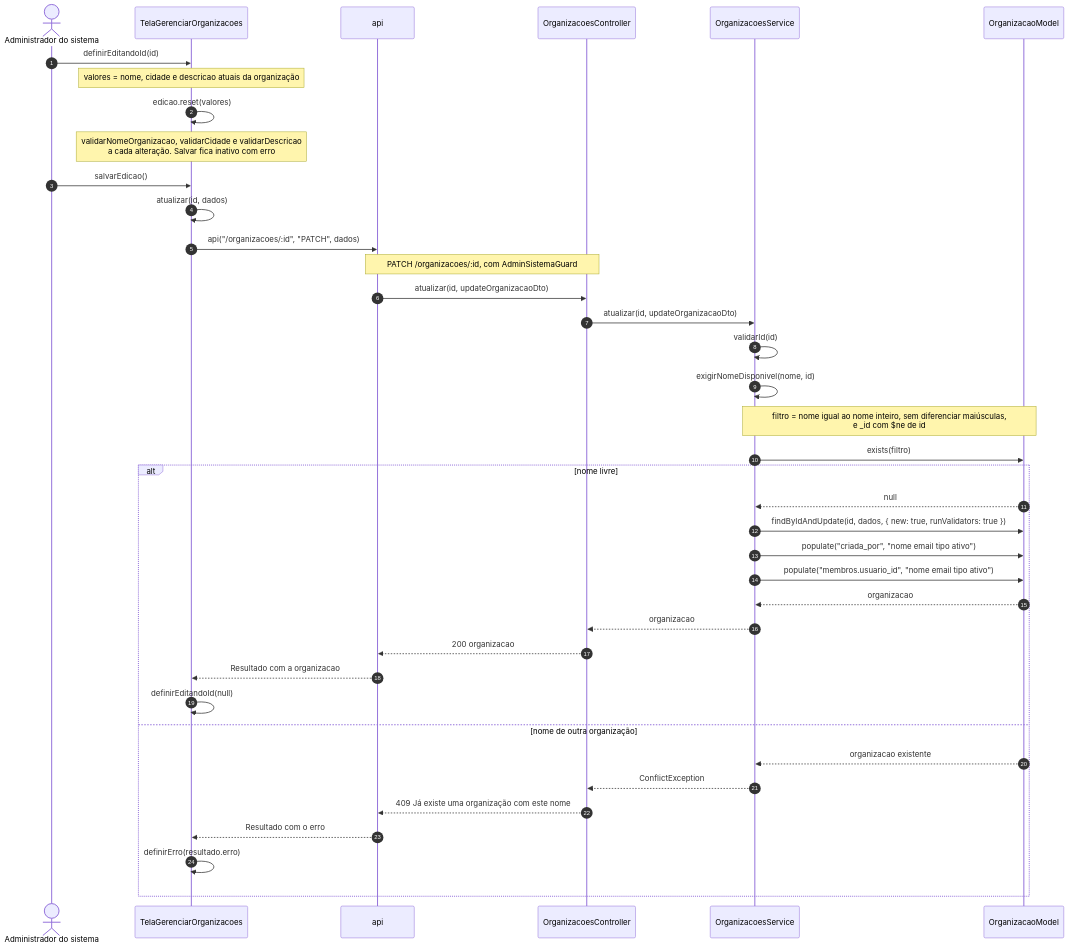
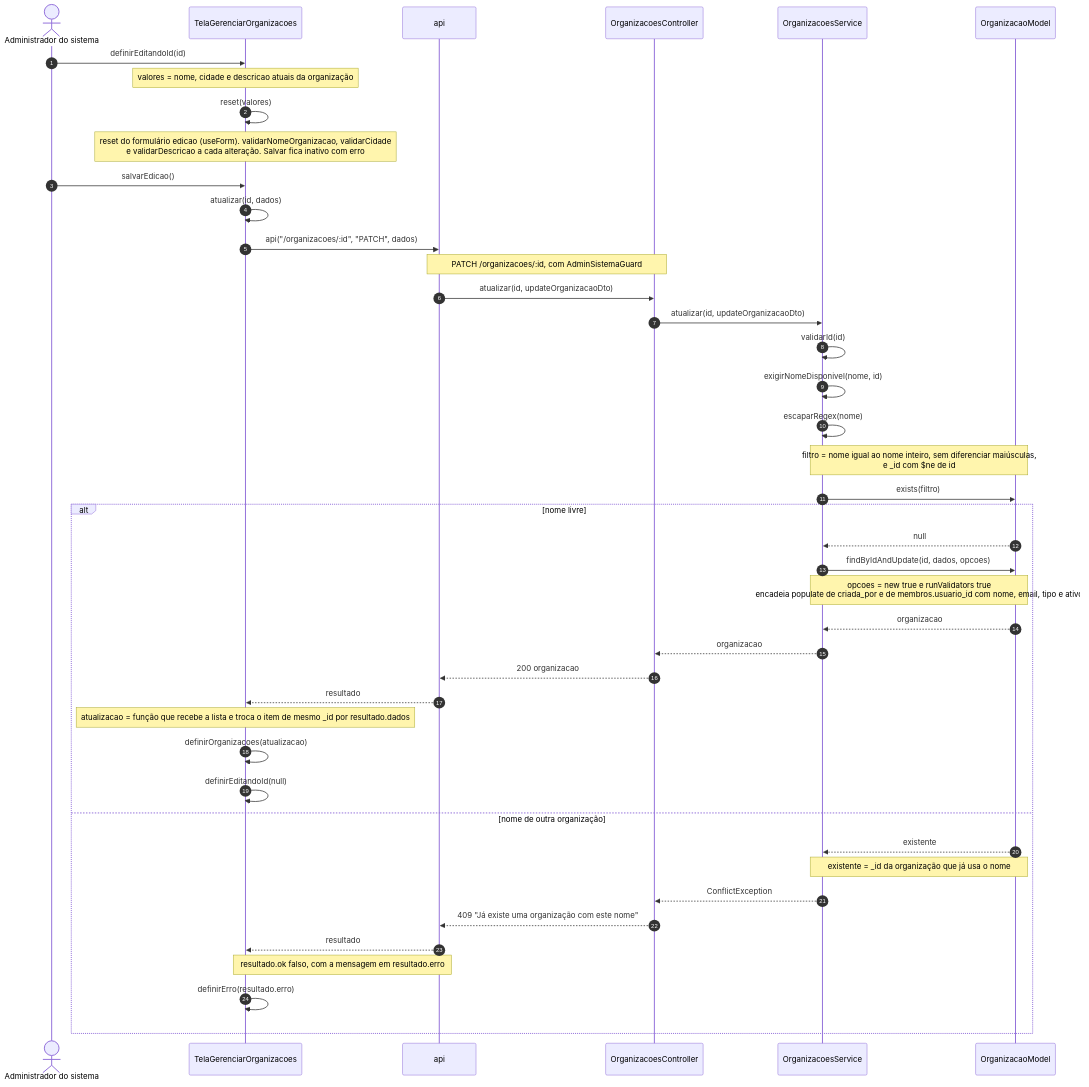
One commit to Conecta-IFSP/DOCUMENTATION changed the sixth of 15 diagrams in 2 - Incremento 1/cadastro-organizacao/6 - diagramas-sequencia-cadastro-organizacao.md. Above: the diagram before and after it, drawn with Mermaid. The commit also changed other lines of this file and 97 other files, not shown here.

````diff
--- a/2 - Incremento 1/cadastro-organizacao/6 - diagramas-sequencia-cadastro-organizacao.md
+++ b/2 - Incremento 1/cadastro-organizacao/6 - diagramas-sequencia-cadastro-organizacao.md
@@ -193,41 +194,45 @@
 ```mermaid
 sequenceDiagram
     autonumber
     actor U as Administrador do sistema
     participant T as TelaGerenciarOrganizacoes
     participant A as api
     participant C as OrganizacoesController
     participant S as OrganizacoesService
     participant M as OrganizacaoModel
     U->>T: definirEditandoId(id)
     Note over T: valores = nome, cidade e descricao atuais da organização
-    T->>T: edicao.reset(valores)
-    Note over T: validarNomeOrganizacao, validarCidade e validarDescricao<br/>a cada alteração. Salvar fica inativo com erro
+    T->>T: reset(valores)
+    Note over T: reset do formulário edicao (useForm). validarNomeOrganizacao, validarCidade<br/>e validarDescricao a cada alteração. Salvar fica inativo com erro
     U->>T: salvarEdicao()
     T->>T: atualizar(id, dados)
     T->>A: api("/organizacoes/:id", "PATCH", dados)
     Note over A,C: PATCH /organizacoes/:id, com AdminSistemaGuard
     A->>C: atualizar(id, updateOrganizacaoDto)
     C->>S: atualizar(id, updateOrganizacaoDto)
     S->>S: validarId(id)
     S->>S: exigirNomeDisponivel(nome, id)
+    S->>S: escaparRegex(nome)
     Note over S,M: filtro = nome igual ao nome inteiro, sem diferenciar maiúsculas,<br/>e _id com $ne de id
     S->>M: exists(filtro)
     alt nome livre
         M-->>S: null
-        S->>M: findByIdAndUpdate(id, dados, { new: true, runValidators: true })
-        S->>M: populate("criada_por", "nome email tipo ativo")
-        S->>M: populate("membros.usuario_id", "nome email tipo ativo")
+        S->>M: findByIdAndUpdate(id, dados, opcoes)
+        Note over S,M: opcoes = new true e runValidators true<br/>encadeia populate de criada_por e de membros.usuario_id com nome, email, tipo e ativo
         M-->>S: organizacao
         S-->>C: organizacao
         C-->>A: 200 organizacao
-        A-->>T: Resultado com a organizacao
+        A-->>T: resultado
+        Note over T: atualizacao = função que recebe a lista e troca o item de mesmo _id por resultado.dados
+        T->>T: definirOrganizacoes(atualizacao)
         T->>T: definirEditandoId(null)
     else nome de outra organização
-        M-->>S: organizacao existente
+        M-->>S: existente
+        Note over S,M: existente = _id da organização que já usa o nome
         S-->>C: ConflictException
-        C-->>A: 409 Já existe uma organização com este nome
-        A-->>T: Resultado com o erro
+        C-->>A: 409 "Já existe uma organização com este nome"
+        A-->>T: resultado
+        Note over T,A: resultado.ok falso, com a mensagem em resultado.erro
         T->>T: definirErro(resultado.erro)
     end
 ```
````
